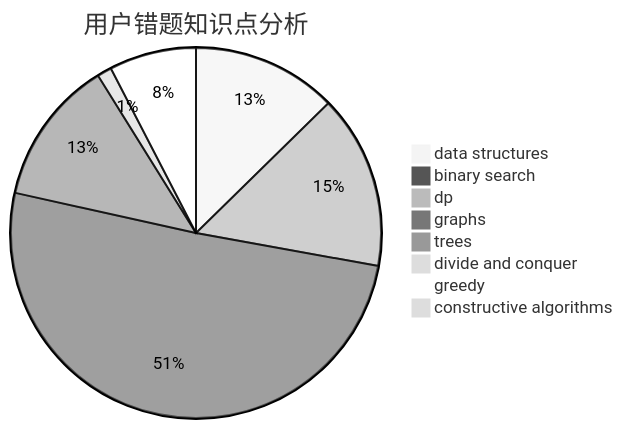
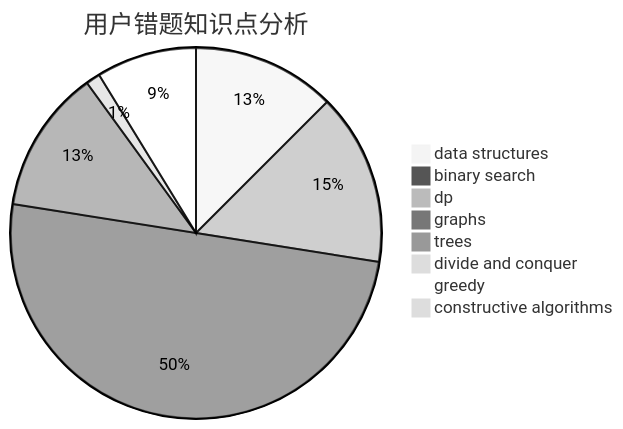
One commit to sherpahu/cfrs.github.io changed the third of 3 diagrams in docs/user/u1218.md. Above: the diagram before and after it, drawn with Mermaid (neutral theme). The commit also changed other lines of this file and 2770 other files, not shown here.

````diff
--- a/docs/user/u1218.md
+++ b/docs/user/u1218.md
@@ -36,11 +36,11 @@
 ```mermaid
 pie title 用户错题知识点分析
     "data structures" :  10
     "binary search" :  0
     "dp" :  12
     "graphs" :  40
     "trees" :  10
     "divide and conquer" :  1
-    "greedy" :  6
+    "greedy" :  7
     "constructive algorithms" :  0
 ```
````
